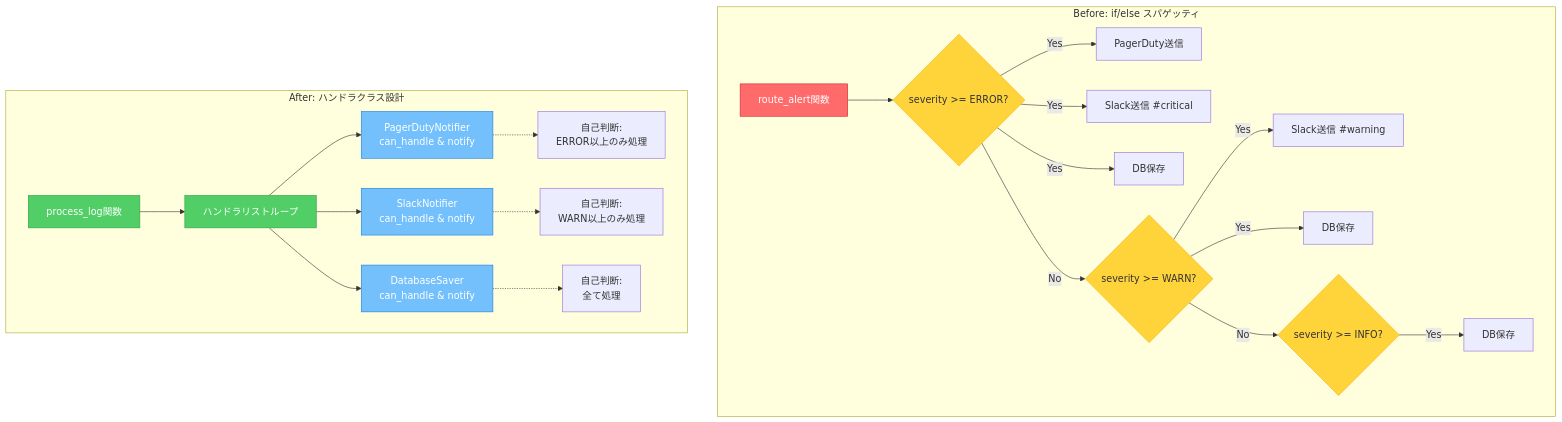
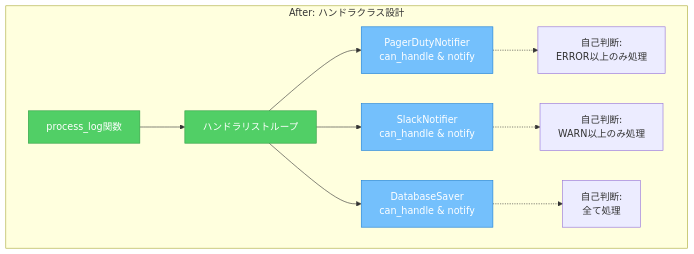
One commit to nqou-net/www.nqou.net changed the second of 4 diagrams in content/post/log-monitoring-part2.md. Above: the diagram before and after it, drawn with Mermaid. The commit also changed other lines of this file and 3 other files, not shown here.

````diff
--- a/content/post/log-monitoring-part2.md
+++ b/content/post/log-monitoring-part2.md
@@ -187,36 +206,19 @@
 ```mermaid
 graph TB
-    subgraph "Before: if/else スパゲッティ"
-        A[route_alert関数] --> B{severity >= ERROR?}
-        B -->|Yes| C[PagerDuty送信]
-        B -->|Yes| D[Slack送信 #critical]
-        B -->|Yes| E[DB保存]
-        B -->|No| F{severity >= WARN?}
-        F -->|Yes| G[Slack送信 #warning]
-        F -->|Yes| H[DB保存]
-        F -->|No| I{severity >= INFO?}
-        I -->|Yes| J[DB保存]
-        
-        style A fill:#ff6b6b,stroke:#c92a2a,color:#fff
-        style B fill:#ffd43b,stroke:#fab005
-        style F fill:#ffd43b,stroke:#fab005
-        style I fill:#ffd43b,stroke:#fab005
-    end
-    
     subgraph "After: ハンドラクラス設計"
         K[process_log関数] --> L[ハンドラリストループ]
         L --> M[PagerDutyNotifier<br/>can_handle & notify]
         L --> N[SlackNotifier<br/>can_handle & notify]
         L --> O[DatabaseSaver<br/>can_handle & notify]
         
         M -.-> M1[自己判断:<br/>ERROR以上のみ処理]
         N -.-> N1[自己判断:<br/>WARN以上のみ処理]
         O -.-> O1[自己判断:<br/>全て処理]
         
         style K fill:#51cf66,stroke:#2f9e44,color:#fff
         style L fill:#51cf66,stroke:#2f9e44,color:#fff
         style M fill:#74c0fc,stroke:#1c7ed6,color:#fff
         style N fill:#74c0fc,stroke:#1c7ed6,color:#fff
         style O fill:#74c0fc,stroke:#1c7ed6,color:#fff
     end
 ```
````
